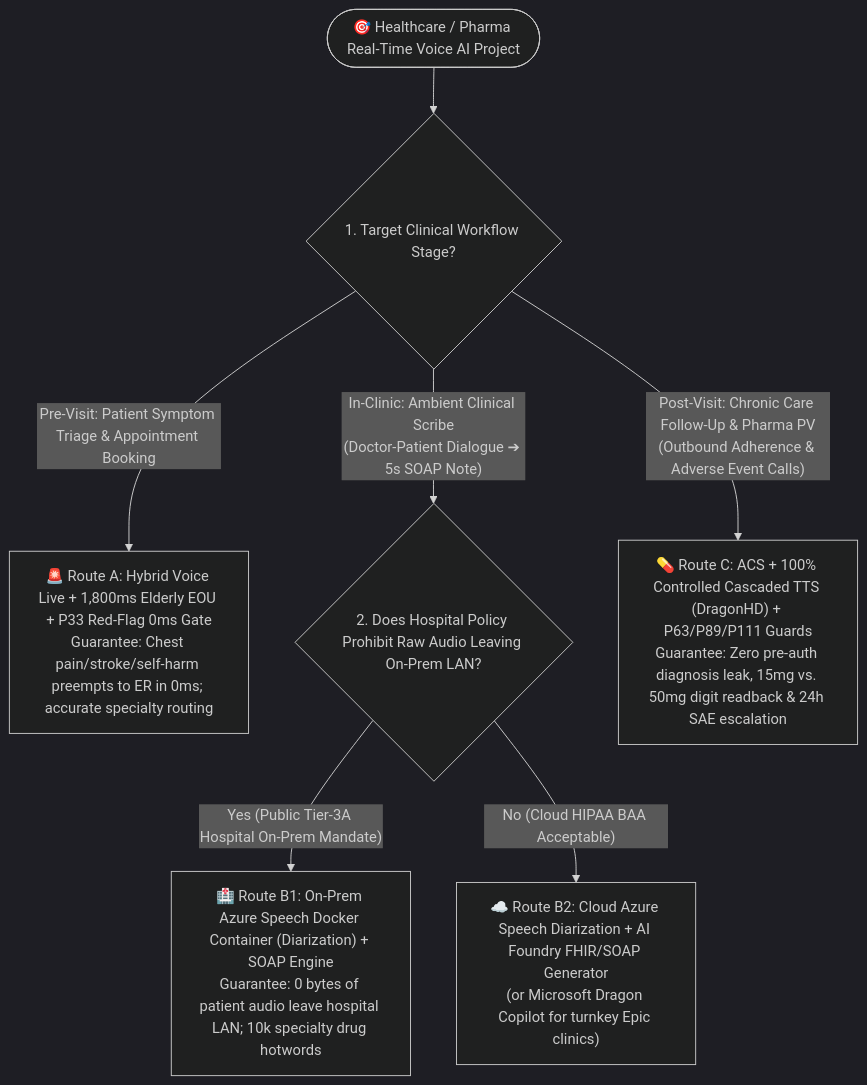
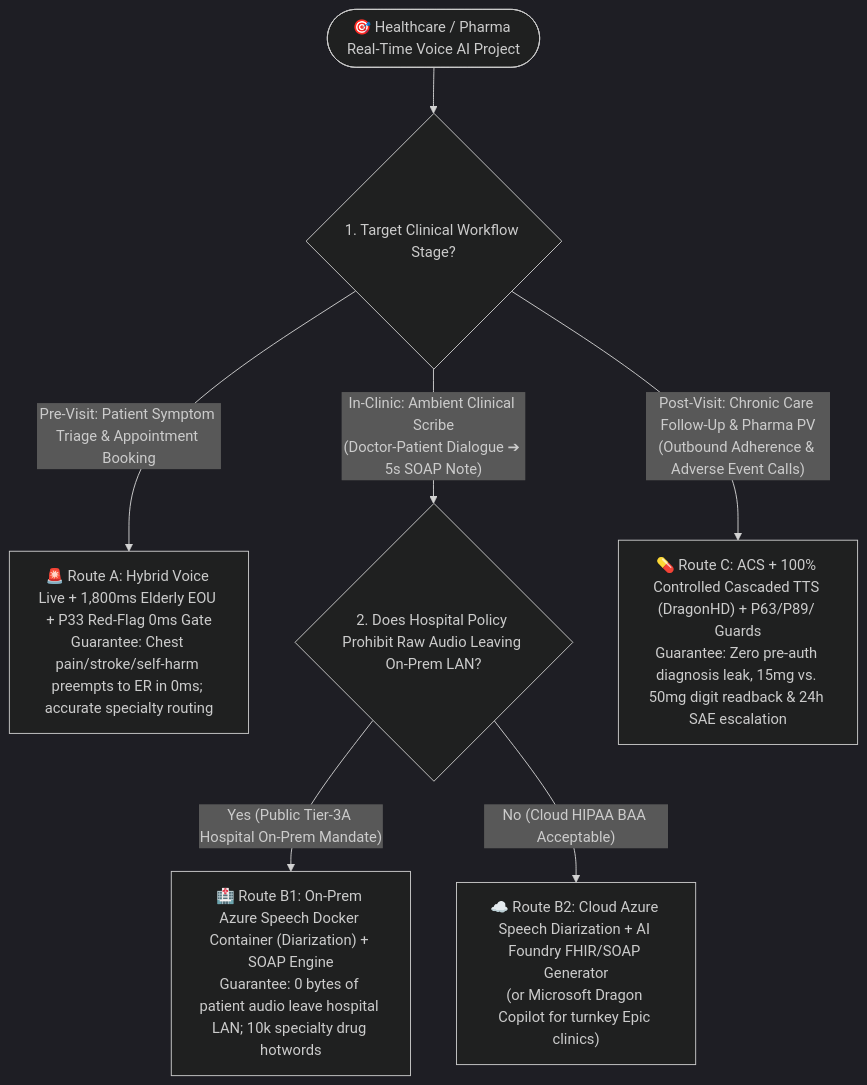
Before and after one commit to turbo998/voice-agent-lab: the first of 3 diagrams in docs/healthcare-clinical-triage-chronic-followup-ambient-scribe-voice-selection-faq.en.md, drawn with Mermaid (dark theme). The commit also changed other lines of this file and 715 other files, not shown here.

````diff
--- a/docs/healthcare-clinical-triage-chronic-followup-ambient-scribe-voice-selection-faq.en.md
+++ b/docs/healthcare-clinical-triage-chronic-followup-ambient-scribe-voice-selection-faq.en.md
@@ -80,13 +80,13 @@
 ```mermaid
 flowchart TD
-    Start(["🎯 Healthcare / Pharma Real-Time Voice AI Project"]) --> Q1{"1. Target Clinical Workflow Stage?"}
-    
-    Q1 -- "Pre-Visit: Patient Symptom Triage & Appointment Booking" --> ChoiceTriage["🚨 Route A: Hybrid Voice Live + 1,800ms Elderly EOU + P33 Red-Flag 0ms Gate<br/>Guarantee: Chest pain/stroke/self-harm preempts to ER in 0ms; accurate specialty routing"]
-    
-    Q1 -- "In-Clinic: Ambient Clinical Scribe<br/>(Doctor-Patient Dialogue ➔ 5s SOAP Note)" --> Q2{"2. Does Hospital Policy Prohibit Raw Audio Leaving On-Prem LAN?"}
-    
-    Q2 -- "Yes (Public Tier-3A Hospital On-Prem Mandate)" --> ChoiceScribe_OnPrem["🏥 Route B1: On-Prem Azure Speech Docker Container (Diarization) + SOAP Engine<br/>Guarantee: 0 bytes of patient audio leave hospital LAN; 10k specialty drug hotwords"]
-    Q2 -- "No (Cloud HIPAA BAA Acceptable)" --> ChoiceScribe_Cloud["☁️ Route B2: Cloud Azure Speech Diarization + AI Foundry FHIR/SOAP Generator<br/>(or Microsoft Dragon Copilot for turnkey Epic clinics)"]
-    
-    Q1 -- "Post-Visit: Chronic Care Follow-Up & Pharma PV<br/>(Outbound Adherence & Adverse Event Calls)" --> ChoiceFollowup["💊 Route C: ACS + 100% Controlled Cascaded TTS (DragonHD) + P63/P89/P111 Guards<br/>Guarantee: Zero pre-auth diagnosis leak, 15mg vs. 50mg digit readback & 24h SAE escalation"]
+ Start(["🎯 Healthcare / Pharma Real-Time Voice AI Project"]) --> Q1{"1. Target Clinical Workflow Stage?"}
+ 
+ Q1 -- "Pre-Visit: Patient Symptom Triage & Appointment Booking" --> ChoiceTriage["🚨 Route A: Hybrid Voice Live + 1,800ms Elderly EOU + P33 Red-Flag 0ms Gate<br/>Guarantee: Chest pain/stroke/self-harm preempts to ER in 0ms; accurate specialty routing"]
+ 
+ Q1 -- "In-Clinic: Ambient Clinical Scribe<br/>(Doctor-Patient Dialogue ➔ 5s SOAP Note)" --> Q2{"2. Does Hospital Policy Prohibit Raw Audio Leaving On-Prem LAN?"}
+ 
+ Q2 -- "Yes (Public Tier-3A Hospital On-Prem Mandate)" --> ChoiceScribe_OnPrem["🏥 Route B1: On-Prem Azure Speech Docker Container (Diarization) + SOAP Engine<br/>Guarantee: 0 bytes of patient audio leave hospital LAN; 10k specialty drug hotwords"]
+ Q2 -- "No (Cloud HIPAA BAA Acceptable)" --> ChoiceScribe_Cloud["☁️ Route B2: Cloud Azure Speech Diarization + AI Foundry FHIR/SOAP Generator<br/>(or Microsoft Dragon Copilot for turnkey Epic clinics)"]
+ 
+ Q1 -- "Post-Visit: Chronic Care Follow-Up & Pharma PV<br/>(Outbound Adherence & Adverse Event Calls)" --> ChoiceFollowup["💊 Route C: ACS + 100% Controlled Cascaded TTS (DragonHD) + P63/P89/ Guards<br/>Guarantee: Zero pre-auth diagnosis leak, 15mg vs. 50mg digit readback & 24h SAE escalation"]
 ```
````
